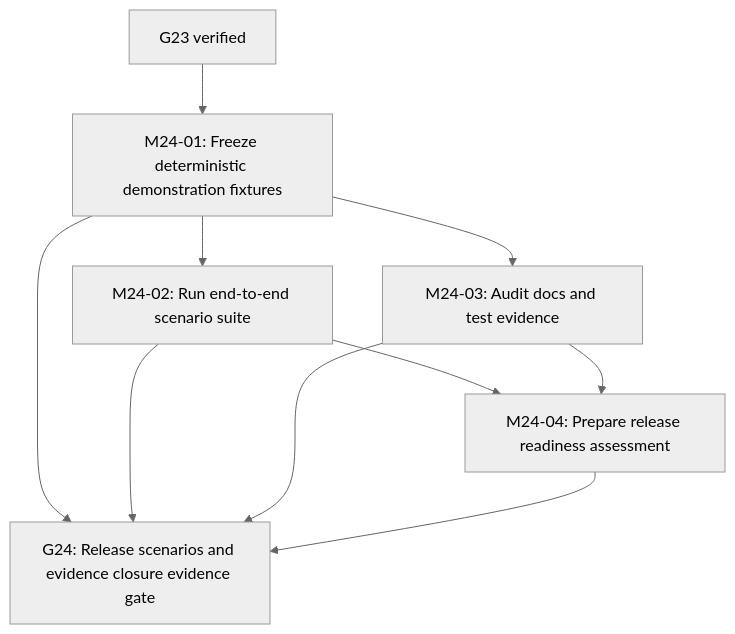
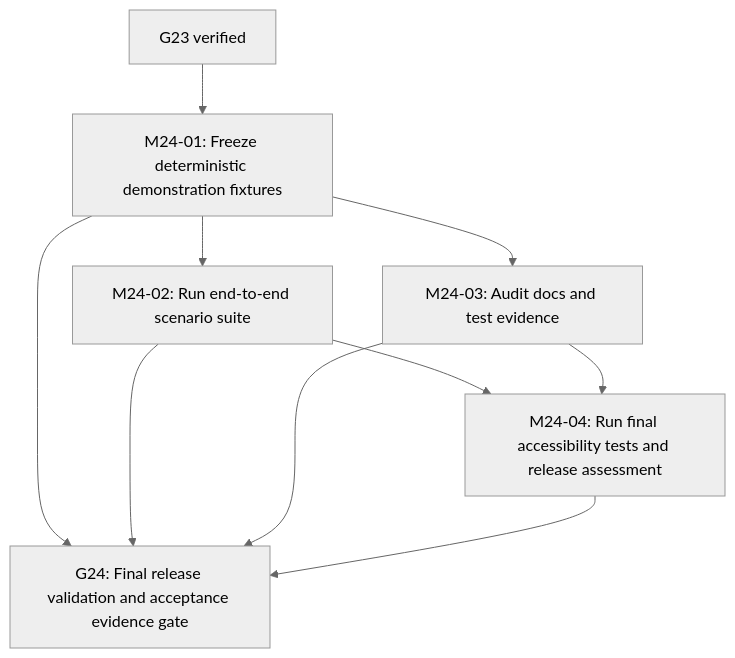
Before and after one commit to ekamal22/HarborOps-Enterprise-Maritime-Logistics-IT-Operations-Platform: diagram 32 of 32 in docs/EXECUTION_GRAPH.md, drawn with Mermaid (neutral theme). The commit also changed other lines of this file, not shown here.

Commit message:
Move accessibility audit to final M24 execution graph gate

````diff
--- a/docs/EXECUTION_GRAPH.md
+++ b/docs/EXECUTION_GRAPH.md
@@ -975,18 +975,18 @@
 ```mermaid
 flowchart TD
   M24_01["M24-01: Freeze deterministic demonstration fixtures"]
   M24_02["M24-02: Run end-to-end scenario suite"]
   M24_03["M24-03: Audit docs and test evidence"]
-  M24_04["M24-04: Prepare release readiness assessment"]
-  G24["G24: Release scenarios and evidence closure evidence gate"]
+  M24_04["M24-04: Run final accessibility tests and release assessment"]
+  G24["G24: Final release validation and acceptance evidence gate"]
   G23["G23 verified"]
   G23 --> M24_01
   M24_01 --> M24_02
   M24_01 --> M24_03
   M24_02 --> M24_04
   M24_03 --> M24_04
   M24_01 --> G24
   M24_02 --> G24
   M24_03 --> G24
   M24_04 --> G24
 ```
````
